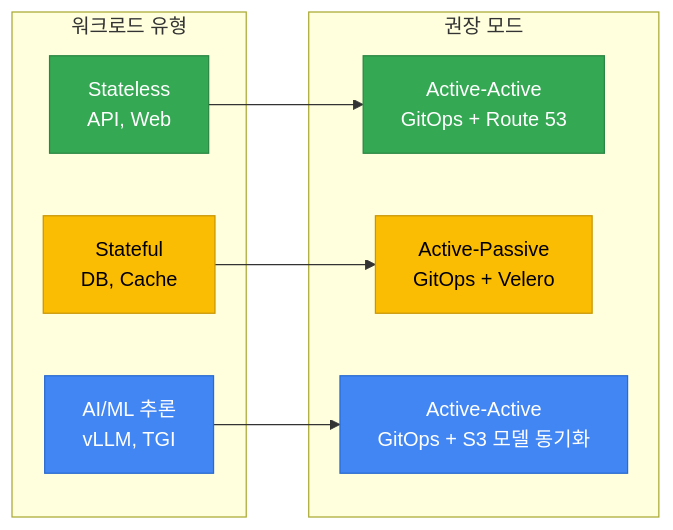
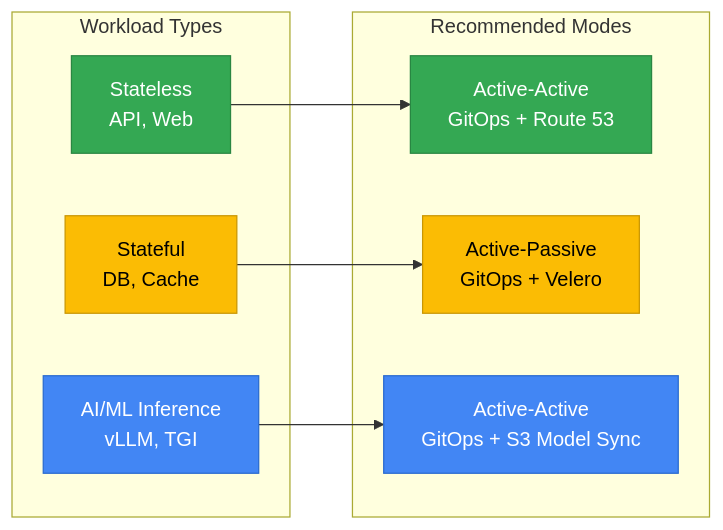
One commit to devfloor9/engineering-playbook changed the seventh of 8 diagrams in docs/eks-best-practices/control-plane-scaling/cross-cluster-object-replication.md. Above: the diagram before and after it, drawn with Mermaid. The commit also changed other lines of this file and 954 other files, not shown here.

````diff
--- a/docs/eks-best-practices/control-plane-scaling/cross-cluster-object-replication.md
+++ b/docs/eks-best-practices/control-plane-scaling/cross-cluster-object-replication.md
@@ -287,25 +287,25 @@
 ```mermaid
 graph LR
-    subgraph "워크로드 유형"
+    subgraph "Workload Types"
         SL[Stateless<br/>API, Web]
         SF[Stateful<br/>DB, Cache]
-        AI[AI/ML 추론<br/>vLLM, TGI]
+        AI[AI/ML Inference<br/>vLLM, TGI]
     end
 
-    subgraph "권장 모드"
+    subgraph "Recommended Modes"
         AA[Active-Active<br/>GitOps + Route 53]
         AP[Active-Passive<br/>GitOps + Velero]
-        AAM[Active-Active<br/>GitOps + S3 모델 동기화]
+        AAM[Active-Active<br/>GitOps + S3 Model Sync]
     end
 
     SL --> AA
     SF --> AP
     AI --> AAM
 
     style SL fill:#34a853,stroke:#2a8642,color:#fff
     style SF fill:#fbbc04,stroke:#c99603,color:#000
     style AI fill:#4286f4,stroke:#2a6acf,color:#fff
     style AA fill:#34a853,stroke:#2a8642,color:#fff
     style AP fill:#fbbc04,stroke:#c99603,color:#000
     style AAM fill:#4286f4,stroke:#2a6acf,color:#fff
 ```
````
